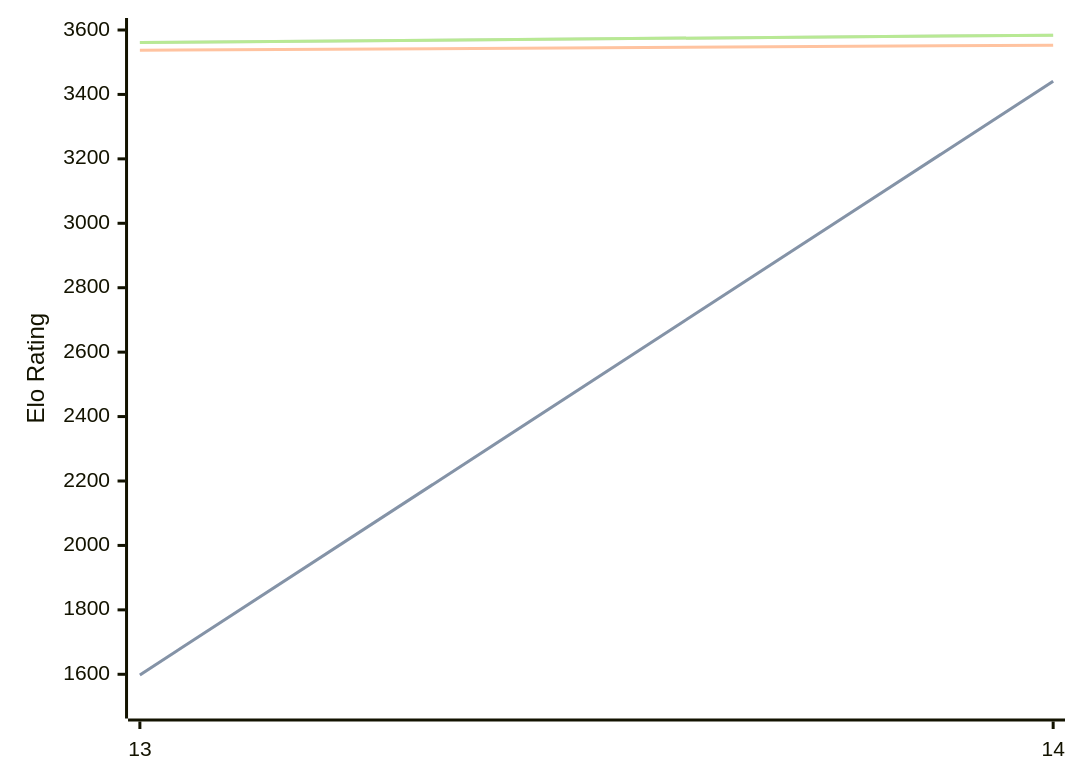
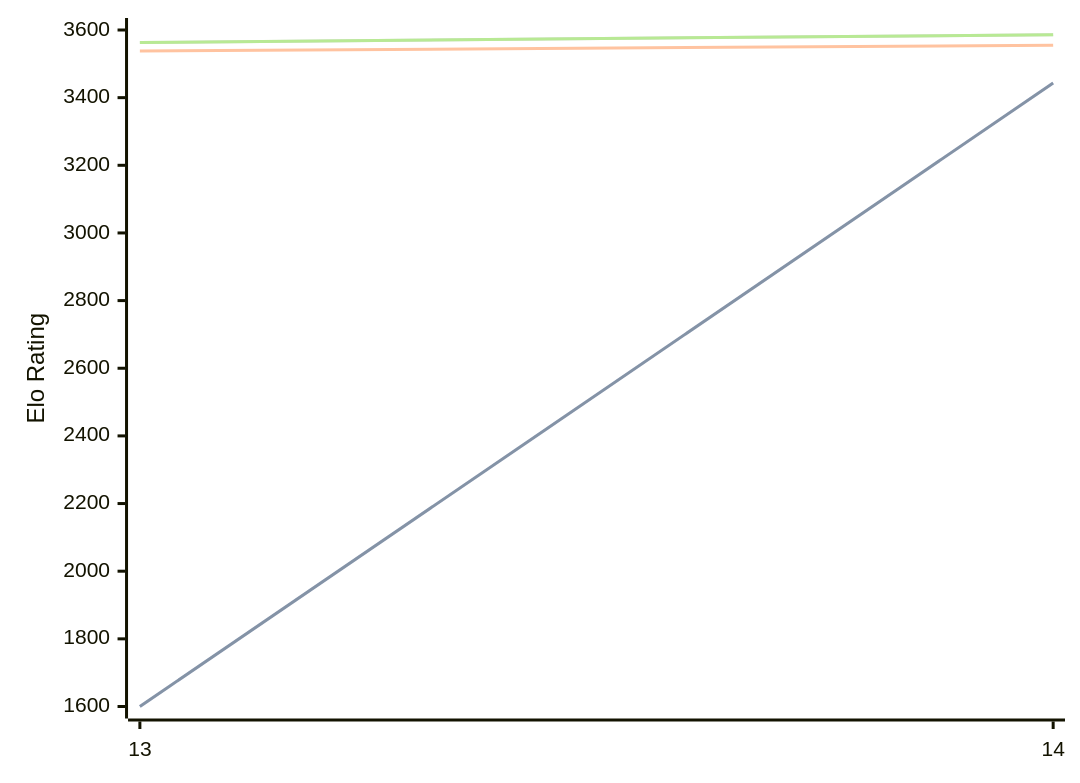
One commit to computer-chess-index/cci changed the diagram in engines/Berserk.md. Above: the diagram before and after it, drawn with Mermaid. The commit also changed other lines of this file, not shown here.

Commit message:
Update CCI Ratings (ELO VLTC) - 2026-10-09

````diff
--- a/engines/Berserk.md
+++ b/engines/Berserk.md
@@ -33,11 +33,11 @@
 ```mermaid
 %%{init: {"theme":"base","themeVariables":{"seriesColors:['#a3a3a3','#222221','#faa371']}}}%%
 xychart-beta
   x-axis ["13", "14"]
-  y-axis "Elo Rating" 1500 --> 3600
-  line "" [1598, 3441]
-  line "STC (8.0+0.08s)" [1598, 3441]
-  line "LTC (60.0+0.60s)" [3537, 3553]
-  line "" [3561, 3584]
-  line "VLTC (2m24s+1.12s)" [3561, 3584]
+  y-axis "Elo Rating" 1600 --> 3600
+  line "" [1600, 3443]
+  line "STC (8.0+0.08s)" [1600, 3443]
+  line "LTC (60.0+0.60s)" [3538, 3555]
+  line "" [3563, 3586]
+  line "VLTC (2m24s+1.12s)" [3563, 3586]
 ```
````
